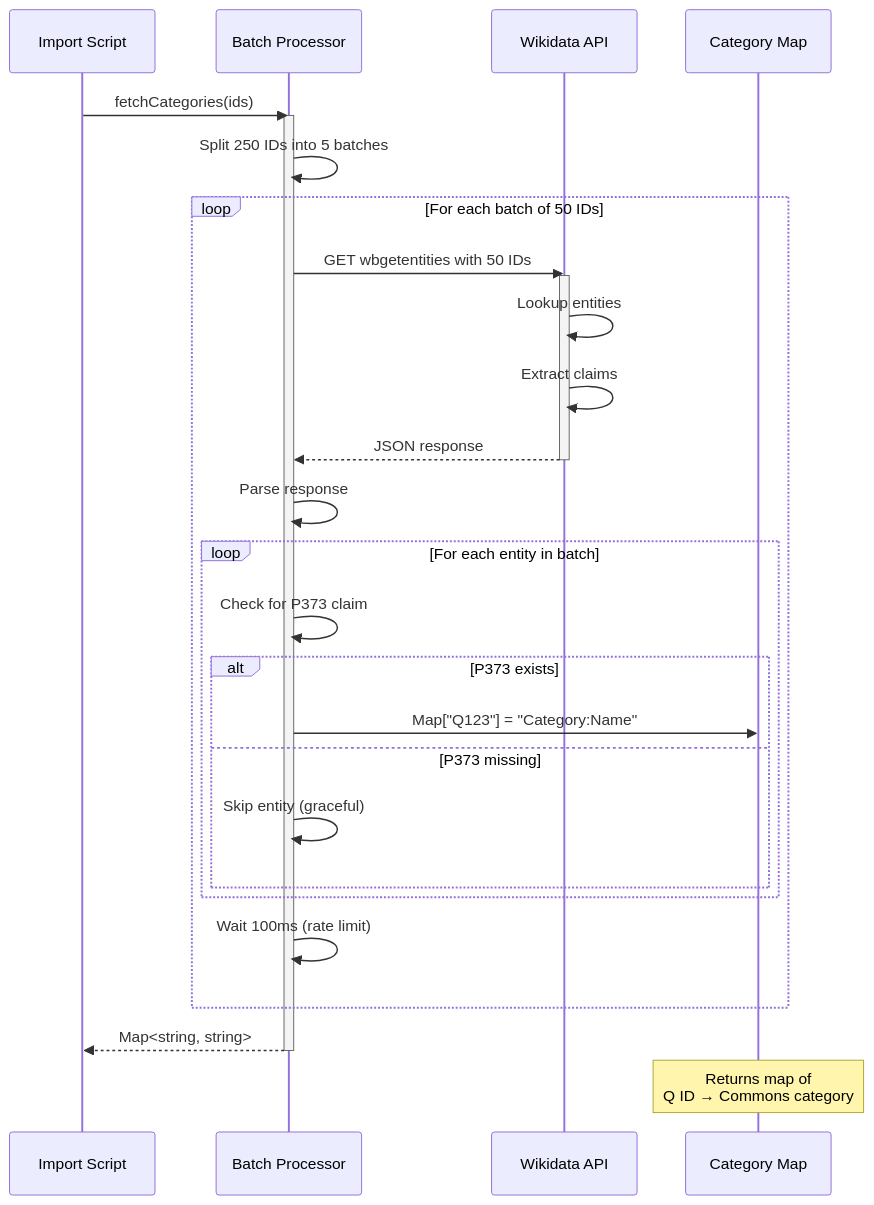
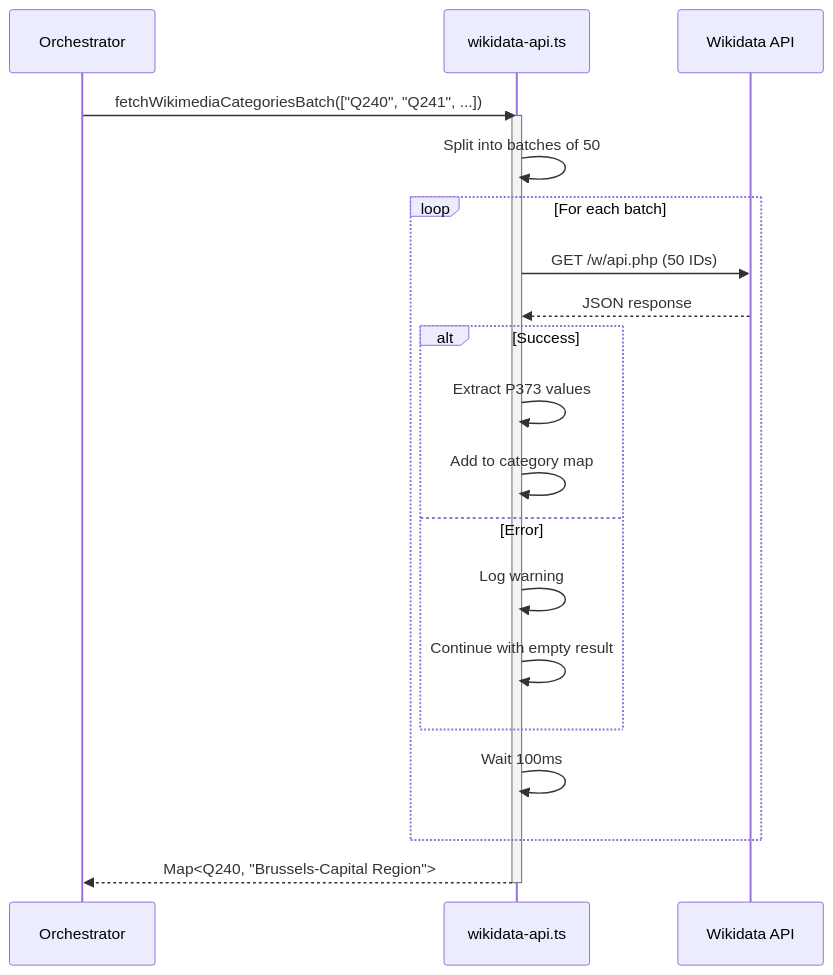
One commit to DaxServer/geocode-commons-categories changed the third of 5 diagrams in docs/import/api-interactions.md. Above: the diagram before and after it, drawn with Mermaid. The commit also changed other lines of this file and 11 other files, not shown here.

````diff
--- a/docs/import/api-interactions.md
+++ b/docs/import/api-interactions.md
@@ -331,40 +230,29 @@
 ```mermaid
 sequenceDiagram
-    participant Client as Import Script
-    participant Batch as Batch Processor
+    participant Orch as Orchestrator
+    participant WD as wikidata-api.ts
     participant API as Wikidata API
-    participant Map as Category Map
 
-    Client->>Batch: fetchCategories(ids)
-    activate Batch
+    Orch->>WD: fetchWikimediaCategoriesBatch(["Q240", "Q241", ...])
+    activate WD
 
-    Batch->>Batch: Split 250 IDs into 5 batches
+    WD->>WD: Split into batches of 50
 
-    loop For each batch of 50 IDs
-        Batch->>API: GET wbgetentities with 50 IDs
-        activate API
+    loop For each batch
+        WD->>API: GET /w/api.php (50 IDs)
+        API-->>WD: JSON response
 
-        API->>API: Lookup entities
-        API->>API: Extract claims
-        API-->>Batch: JSON response
-        deactivate API
-
-        Batch->>Batch: Parse response
-
-        loop For each entity in batch
-            Batch->>Batch: Check for P373 claim
-            alt P373 exists
-                Batch->>Map: Map["Q123"] = "Category:Name"
-            else P373 missing
-                Batch->>Batch: Skip entity (graceful)
-            end
+        alt Success
+            WD->>WD: Extract P373 values
+            WD->>WD: Add to category map
+        else Error
+            WD->>WD: Log warning
+            WD->>WD: Continue with empty result
         end
 
-        Batch->>Batch: Wait 100ms (rate limit)
+        WD->>WD: Wait 100ms
     end
 
-    Batch-->>Client: Map<string, string>
-    deactivate Batch
-
-    Note over Map: Returns map of<br/>Q ID → Commons category
+    WD-->>Orch: Map<Q240, "Brussels-Capital Region">
+    deactivate WD
 ```
````
